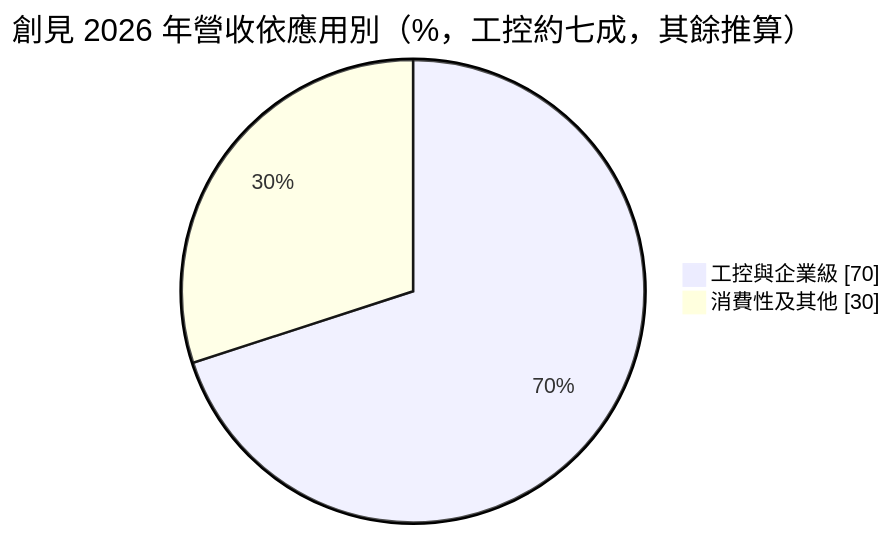
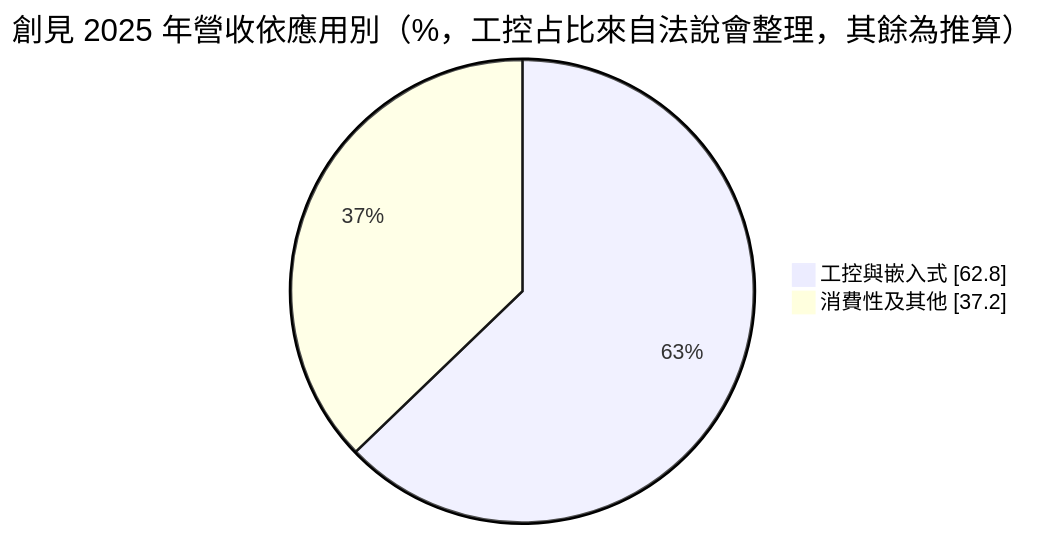
Before and after one commit to wangnick1004/taiwan-stock-vault: the first of 4 diagrams in 個股/台股/2451創見.md, drawn with Mermaid. The commit also changed other lines of this file and 19 other files, not shown here.

````diff
--- a/個股/台股/2451創見.md
+++ b/個股/台股/2451創見.md
@@ -55,6 +51,6 @@
 ```mermaid
 pie showData
-    title 創見 2026 年營收依應用別（%，工控約七成，其餘推算）
-    "工控與企業級" : 70
-    "消費性及其他" : 30
+    title 創見 2025 年營收依應用別（%，工控占比來自法說會整理，其餘為推算）
+    "工控與嵌入式" : 62.8
+    "消費性及其他" : 37.2
 ```
````
